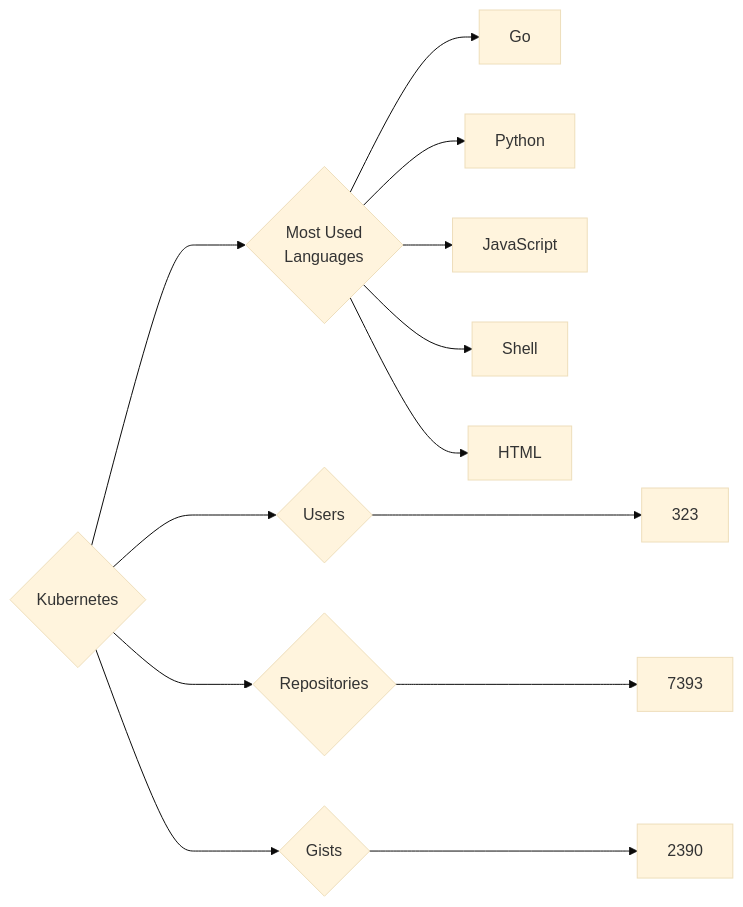
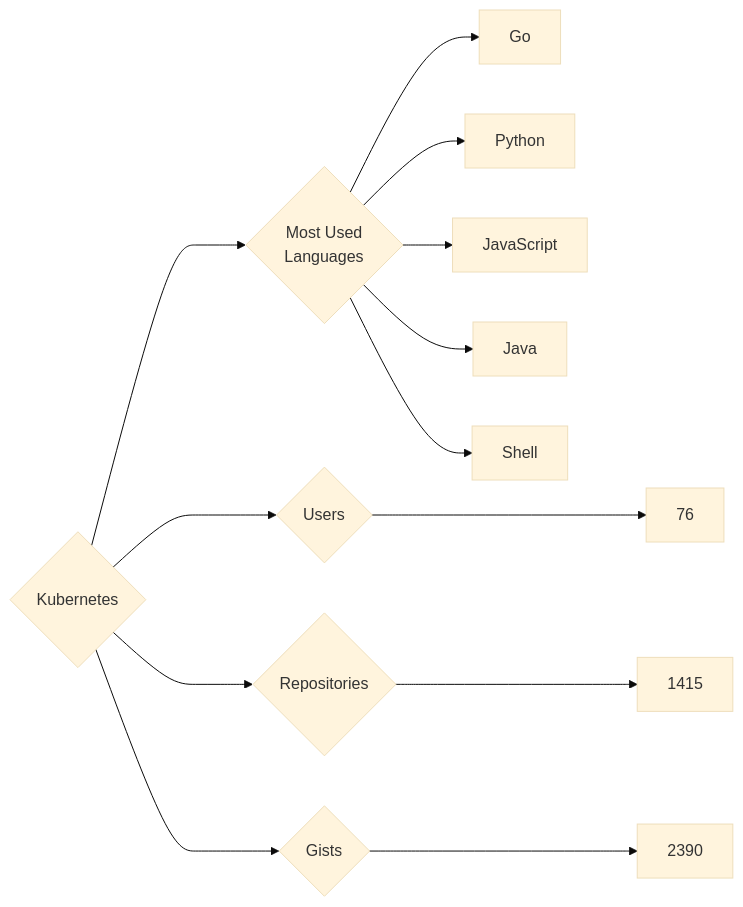
The diagram in targets/Kubernetes/README.md (trickest/insiders), drawn with Mermaid (base theme) before and after one commit. The commit also changed 882 other files, not shown here.

````diff
--- a/targets/Kubernetes/README.md
+++ b/targets/Kubernetes/README.md
@@ -3,13 +3,13 @@
 ```mermaid
 graph LR
 COMPANY_NAME{Kubernetes}
-COMPANY_NAME ---> U{Users} ---> UN[323]
-COMPANY_NAME ---> R{Repositories} ---> RN[7393]
+COMPANY_NAME ---> U{Users} ---> UN[76]
+COMPANY_NAME ---> R{Repositories} ---> RN[1415]
 COMPANY_NAME ---> G{Gists} ---> GN[2390]
 COMPANY_NAME ---> ML{Most Used<br>Languages}
 ML --> Go[Go]
 ML --> Python[Python]
 ML --> JavaScript[JavaScript]
+ML --> Java[Java]
 ML --> Shell[Shell]
-ML --> HTML[HTML]
 ```
````
